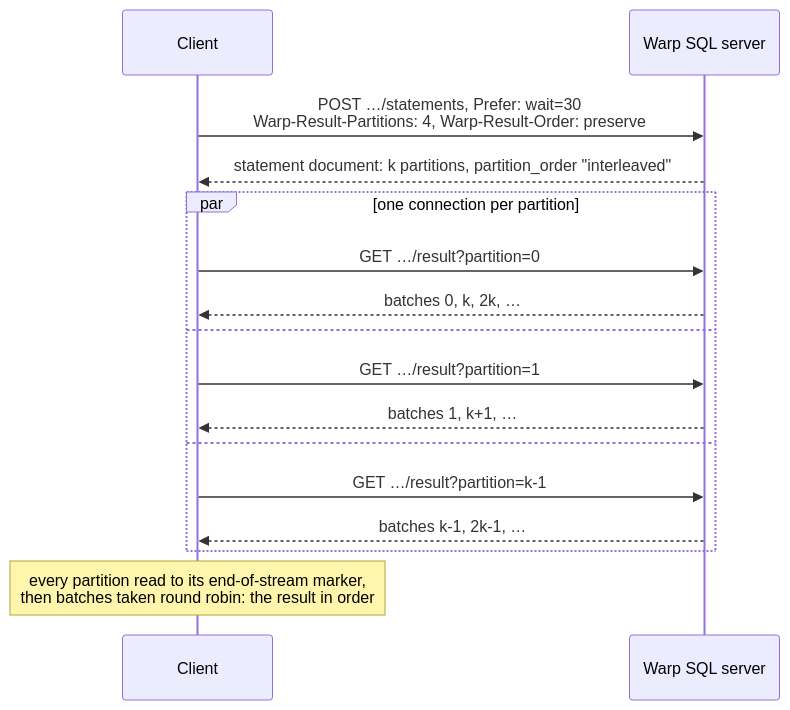
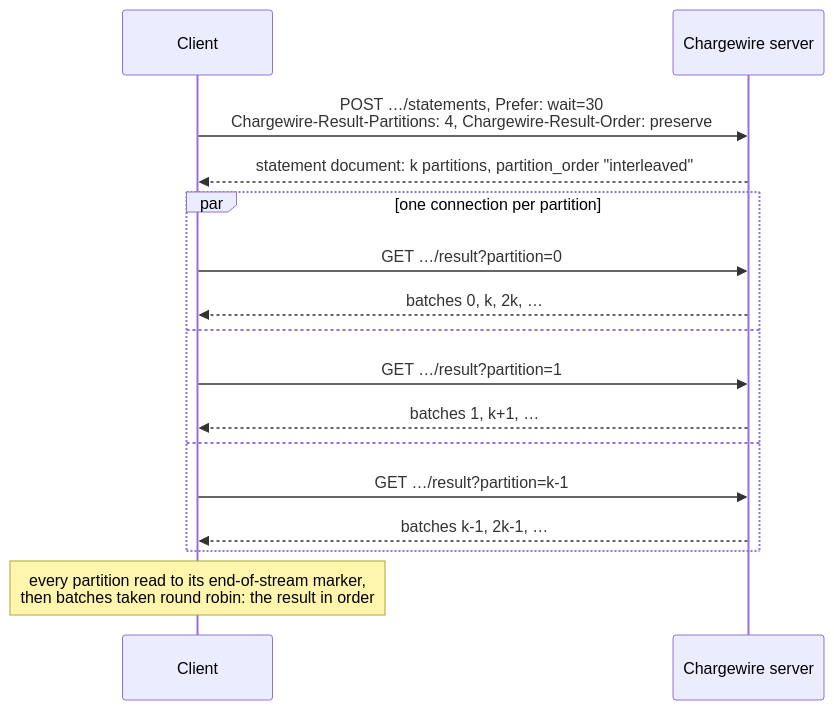
The diagram in site/src/diagrams/partitioned-results.mmd (gizmodata/chargewire), drawn with Mermaid before and after one commit. The commit also changed 211 other files, not shown here.

```diff
--- a/site/src/diagrams/partitioned-results.mmd
+++ b/site/src/diagrams/partitioned-results.mmd
@@ -1,16 +1,16 @@
 sequenceDiagram
   participant C as Client
-  participant S as Warp SQL server
-  C->>S: POST …/statements, Prefer: wait=30<br/>Warp-Result-Partitions: 4, Warp-Result-Order: preserve
+  participant S as Chargewire server
+  C->>S: POST …/statements, Prefer: wait=30<br/>Chargewire-Result-Partitions: 4, Chargewire-Result-Order: preserve
   S-->>C: statement document: k partitions, partition_order "interleaved"
   par one connection per partition
     C->>S: GET …/result?partition=0
     S-->>C: batches 0, k, 2k, …
   and
     C->>S: GET …/result?partition=1
     S-->>C: batches 1, k+1, …
   and
     C->>S: GET …/result?partition=k-1
     S-->>C: batches k-1, 2k-1, …
   end
   Note over C: every partition read to its end-of-stream marker,<br/>then batches taken round robin: the result in order
```
